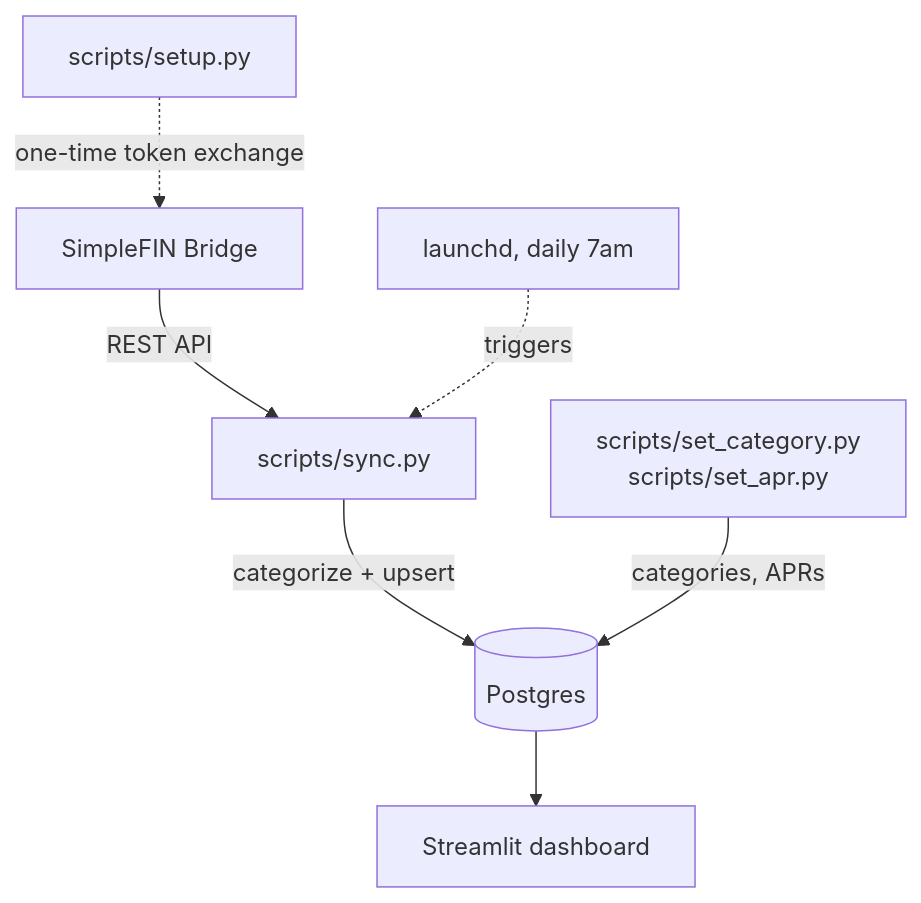
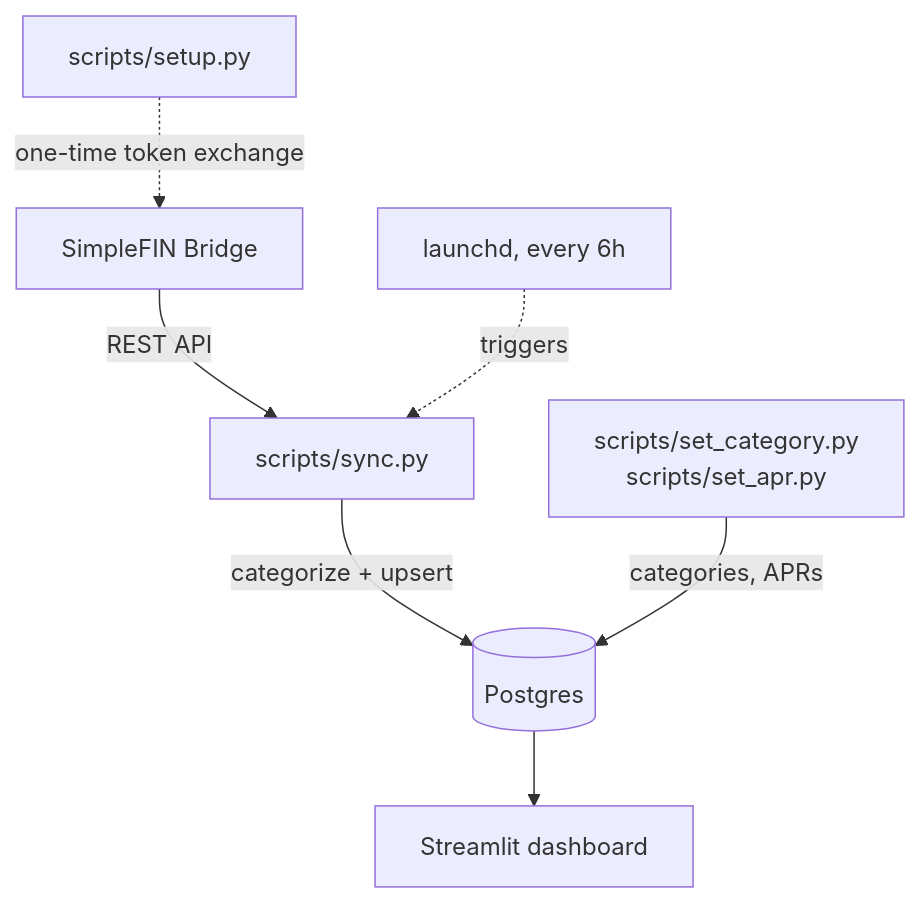
One commit to MNGGibson/finance-dashboard changed the first of 2 diagrams in ARCHITECTURE.md. Above: the diagram before and after it, drawn with Mermaid. The commit also changed other lines of this file and 3 other files, not shown here.

First line of the commit message:
Sync every six hours; back up once a day

````diff
--- a/ARCHITECTURE.md
+++ b/ARCHITECTURE.md
@@ -9,13 +9,13 @@
 ```mermaid
 flowchart TD
     SF[SimpleFIN Bridge]
     SF -->|REST API| SYNC[scripts/sync.py]
     SYNC -->|categorize + upsert| PG[(Postgres)]
 
     SETUP[scripts/setup.py] -.one-time token exchange.-> SF
-    LAUNCHD[launchd, daily 7am] -.triggers.-> SYNC
+    LAUNCHD[launchd, every 6h] -.triggers.-> SYNC
 
     PG --> ST[Streamlit dashboard]
 
     CLI[scripts/set_category.py<br/>scripts/set_apr.py] -->|categories, APRs| PG
 ```
````
